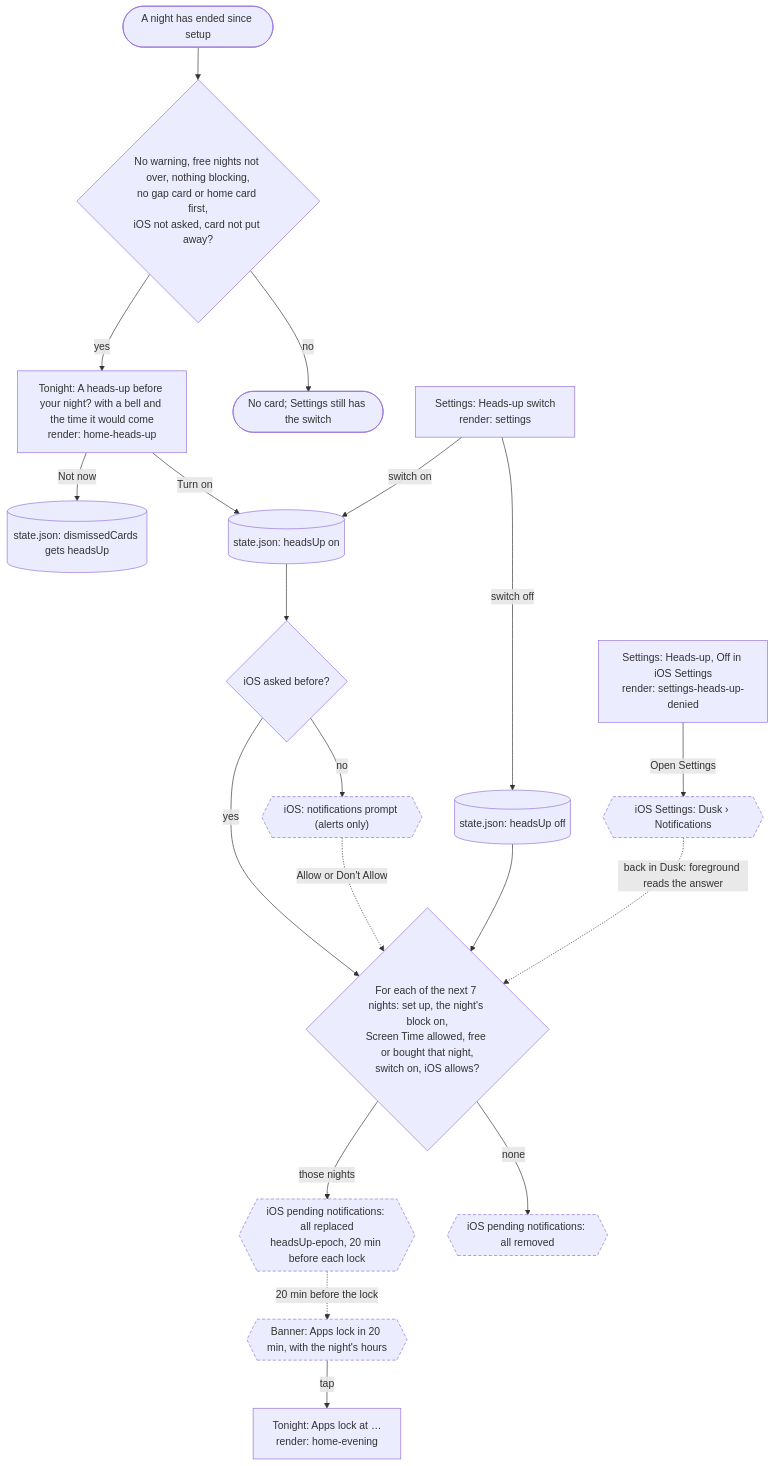
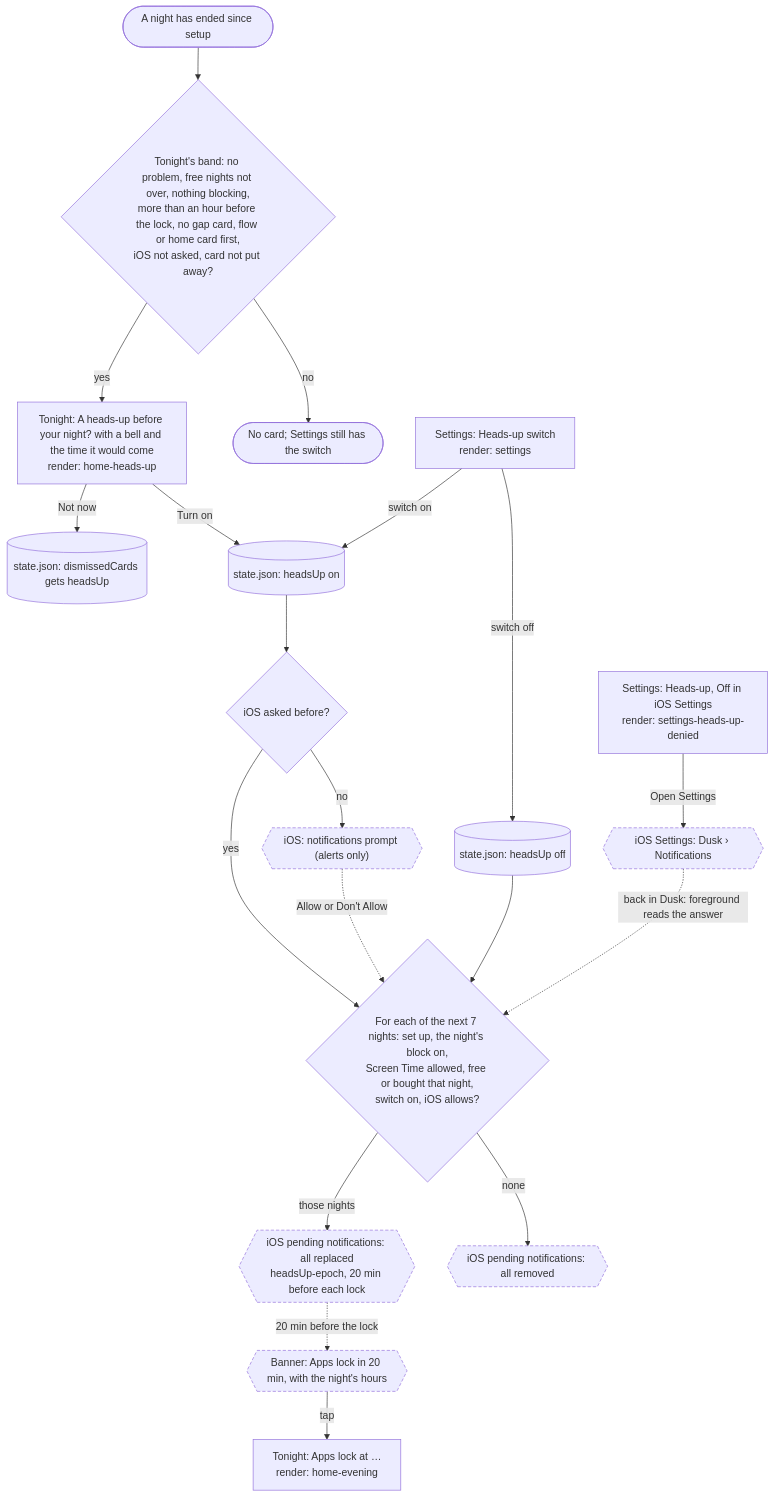
The diagram in docs/flows/heads-up.md (adit-rah/toll), drawn with Mermaid before and after one commit. The commit also changed other lines of this file and 6 other files, not shown here.

First line of the commit message:
Chart Tonight's band: the rule and who owns it through a day (D86, D91, D93)

````diff
--- a/docs/flows/heads-up.md
+++ b/docs/flows/heads-up.md
@@ -9,30 +9,30 @@
 ```mermaid
 flowchart TD
-  firstNight(["A night has ended since setup"]) --> cardCheck{"No warning, free nights not over, nothing blocking,<br/>no gap card or home card first,<br/>iOS not asked, card not put away?"}
+  firstNight(["A night has ended since setup"]) --> cardCheck{"Tonight's band: no problem, free nights not over, nothing blocking,<br/>more than an hour before the lock, no gap card, flow or home card first,<br/>iOS not asked, card not put away?"}
   cardCheck -->|"yes"| card["Tonight: A heads-up before your night? with a bell and the time it would come<br/>render: home-heads-up"]
   cardCheck -->|"no"| noCard(["No card; Settings still has the switch"])
   card -->|"Not now"| putAway[("state.json: dismissedCards gets headsUp")]
   card -->|"Turn on"| switchOn[("state.json: headsUp on")]
 
   settingsRow["Settings: Heads-up switch<br/>render: settings"]
   settingsRow -->|"switch on"| switchOn
   settingsRow -->|"switch off"| switchOff[("state.json: headsUp off")]
   deniedRow["Settings: Heads-up, Off in iOS Settings<br/>render: settings-heads-up-denied"]
   deniedRow -->|"Open Settings"| iosSettings{{"iOS Settings: Dusk › Notifications"}}
 
   switchOn --> asked{"iOS asked before?"}
   asked -->|"no"| prompt{{"iOS: notifications prompt (alerts only)"}}
   asked -->|"yes"| plan
   prompt -.->|"Allow or Don't Allow"| plan
   switchOff --> plan
   iosSettings -.->|"back in Dusk: foreground reads the answer"| plan
 
   plan{"For each of the next 7 nights: set up, the night's block on,<br/>Screen Time allowed, free or bought that night,<br/>switch on, iOS allows?"}
   plan -->|"those nights"| pending{{"iOS pending notifications: all replaced<br/>headsUp-epoch, 20 min before each lock"}}
   plan -->|"none"| cleared{{"iOS pending notifications: all removed"}}
   pending -.->|"20 min before the lock"| banner{{"Banner: Apps lock in 20 min, with the night's hours"}}
   banner -->|"tap"| tonight["Tonight: Apps lock at …<br/>render: home-evening"]
 
   classDef system stroke-dasharray: 5 3
   class prompt,iosSettings,pending,cleared,banner system
 ```
````
